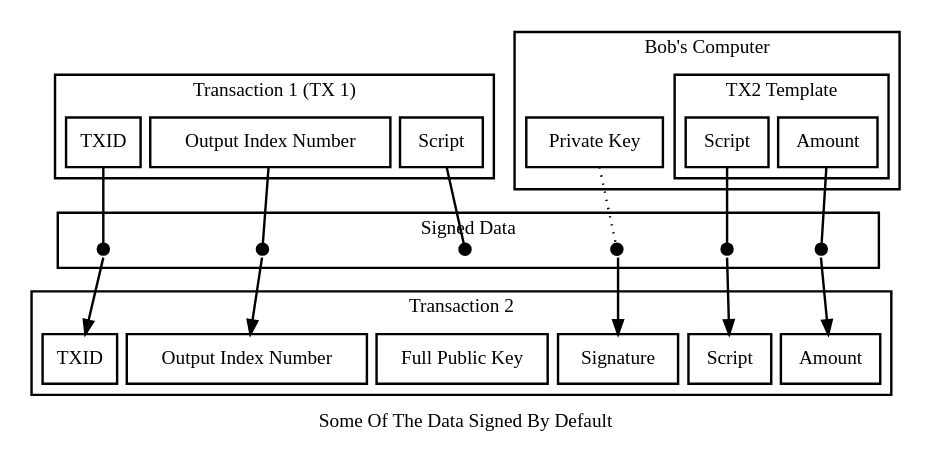
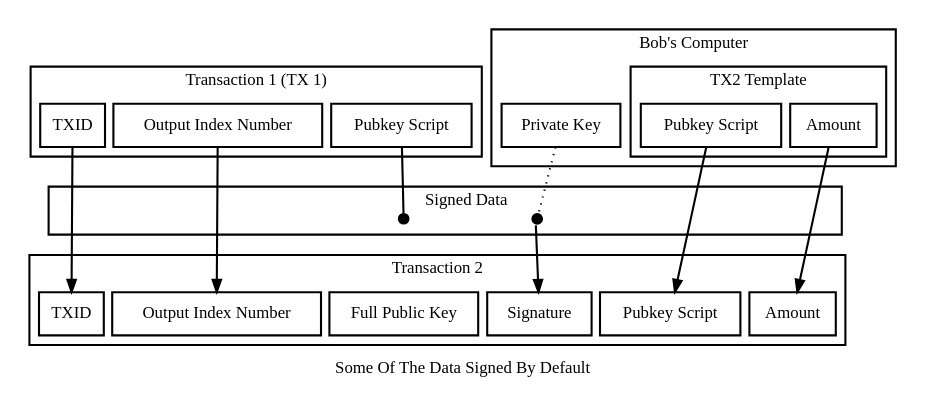
Before and after one commit to bitcoin-dot-org/Bitcoin.org: the diagram in img/dev/en-signing-output-to-spend.dot, drawn with Graphviz. The commit also changed 28 other files, not shown here.

First line of the commit message:
Use Terms "Pubkey Script" And "Signature Script"

```diff
--- a/img/dev/en-signing-output-to-spend.dot
+++ b/img/dev/en-signing-output-to-spend.dot
@@ -1,87 +1,90 @@
 digraph blockchain {
 
 size="6.25";
 
-//splines = "false";
+splines = "false";
 rankdir=TB;
 ranksep=-0.1;
 //splines=ortho;
 overlap = true;
 nodesep = 0.1;
 
 node [ shape = box, penwidth = 1.75 ];
 edge [ penwidth = 1.75, minlen = 2 ];
 penwidth = 1.75;
 
 subgraph cluster_tx1 {
     tx1_txid [ label = "TXID" ];
     tx1_vout [ label = "Output Index Number" ];
-    tx1_script [ label = "Script" ];
+    tx1_script [ label = "Pubkey Script" ];
 
     label = "Transaction 1 (TX 1)"
 }
 
 
 
 subgraph cluster_sig {
     node [ style = "invis", label = "", height=0 ];
 
     sig_tx1_txid [ width = 0.7 ];
     sig_tx1_vout [ width = 2.3 ];
     sig_tx1_script [ width = 1.6 ];
     //nil_pubkey [ width = 1.3 ];
-    sig_tx2t_script [ width = 0.75 ];
+    sig_tx2t_script [ width = 1.65 ];
     sig_tx2t_amount [ width = 0.95 ];
     signature [ width = 1.25 ];
 
 
-    label = "Signed Data"
+    label = "           Signed Data"
 }
 
 subgraph cluster_tx2 {
     tx2_tx1_txid [ label = "TXID" ];
     tx2_tx1_vout [ label = "Output Index Number" ];
-    tx2_script [ label = "Script" ];
+    tx2_script [ label = "Pubkey Script" ];
     public_key [ label = "Full Public Key" ];
     tx2_amount [ label = "Amount" ];
     tx2_signature [ label = "Signature" ];
 
     label = "Transaction 2"
 }
 
 subgraph cluster_bob {
     private_key [ label = "Private Key" ];
 
     label = "Bob's Computer"
 subgraph cluster_tx2t {
-    tx2t_script [ label = "Script" ];
+    tx2t_script [ label = "Pubkey Script" ];
     tx2t_amount [ label = "Amount" ];
 
     label = "TX2 Template"
 }
 
 }
 
 {
 edge [ arrowhead = "dot" ];
 tx1_script -> sig_tx1_script;
-tx1_txid -> sig_tx1_txid;
-tx1_vout -> sig_tx1_vout;
-tx2t_script -> sig_tx2t_script;
-tx2t_amount -> sig_tx2t_amount;
+tx1_txid -> sig_tx1_txid [ style = "invis" ];
+tx1_vout -> sig_tx1_vout [ style = "invis" ];
+tx2t_script -> sig_tx2t_script [ style = "invis" ];
+tx2t_amount -> sig_tx2t_amount [ style = "invis" ];
 private_key -> signature [ style = "dotted" ];
 }
 
 
-sig_tx1_txid -> tx2_tx1_txid;
-sig_tx1_vout -> tx2_tx1_vout;
-sig_tx2t_script -> tx2_script;
-sig_tx2t_amount -> tx2_amount;
+sig_tx1_txid -> tx2_tx1_txid [ style = "invis" ];
+sig_tx1_vout -> tx2_tx1_vout [ style = "invis" ];
+sig_tx2t_script -> tx2_script [ style = "invis" ];
+sig_tx2t_amount -> tx2_amount [ style = "invis" ];
 signature -> tx2_signature;
 
 
-
+tx1_txid -> tx2_tx1_txid [ constraint = false ];
+tx1_vout -> tx2_tx1_vout [ constraint = false ];
+tx2t_script -> tx2_script [ constraint = false ];
+tx2t_amount -> tx2_amount [ constraint = false ];
 
 
 label = "Some Of The Data Signed By Default"
 }
```
